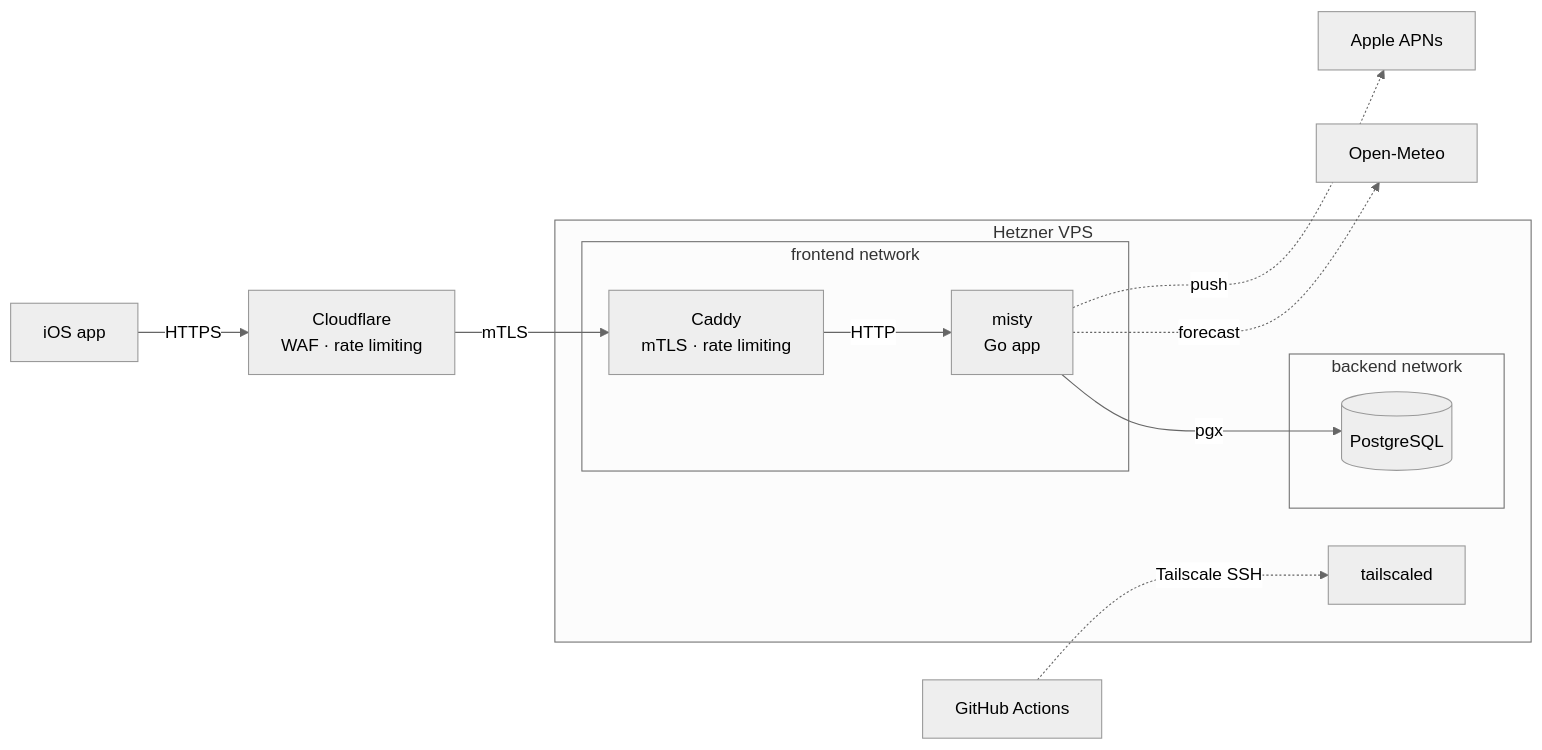
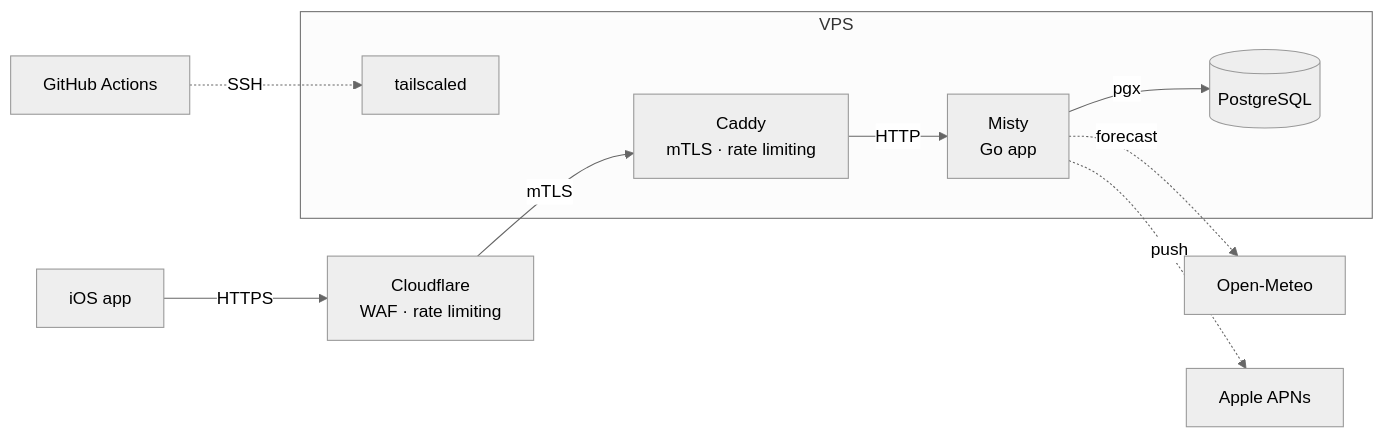
Before and after one commit to jochemloedeman/misty: the first of 2 diagrams in README.md, drawn with Mermaid (neutral theme). The commit also changed other lines of this file and 2 other files, not shown here.

````diff
--- a/README.md
+++ b/README.md
@@ -6,23 +6,19 @@
 ```mermaid
 graph LR
     iOS[iOS app] -- HTTPS --> CF[Cloudflare<br/>WAF · rate limiting]
 
-    subgraph Hetzner VPS
+    subgraph VPS
         TS[tailscaled]
-        subgraph frontend network
-            Caddy[Caddy<br/>mTLS · rate limiting]
-            App[misty<br/>Go app]
-        end
-        subgraph backend network
-            App
-            PG[(PostgreSQL)]
-        end
+        Caddy[Caddy<br/>mTLS · rate limiting]
+        App[Misty<br/>Go app]
+        PG[(PostgreSQL)]
+        TS ~~~ Caddy
     end
 
     CF -- mTLS --> Caddy
     Caddy -- HTTP --> App
     App -- pgx --> PG
     App -. forecast .-> OM[Open-Meteo]
     App -. push .-> APNs[Apple APNs]
-    GH[GitHub Actions] -. Tailscale SSH .-> TS
+    GH[GitHub Actions] -. SSH .-> TS
 ```
````
